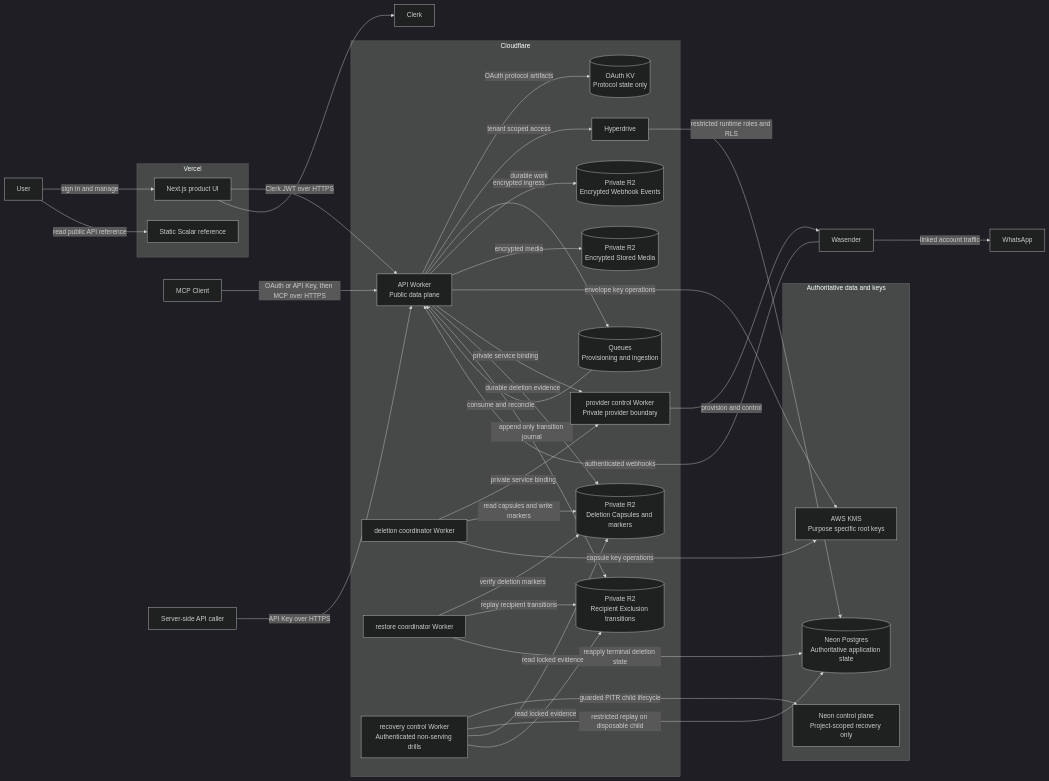
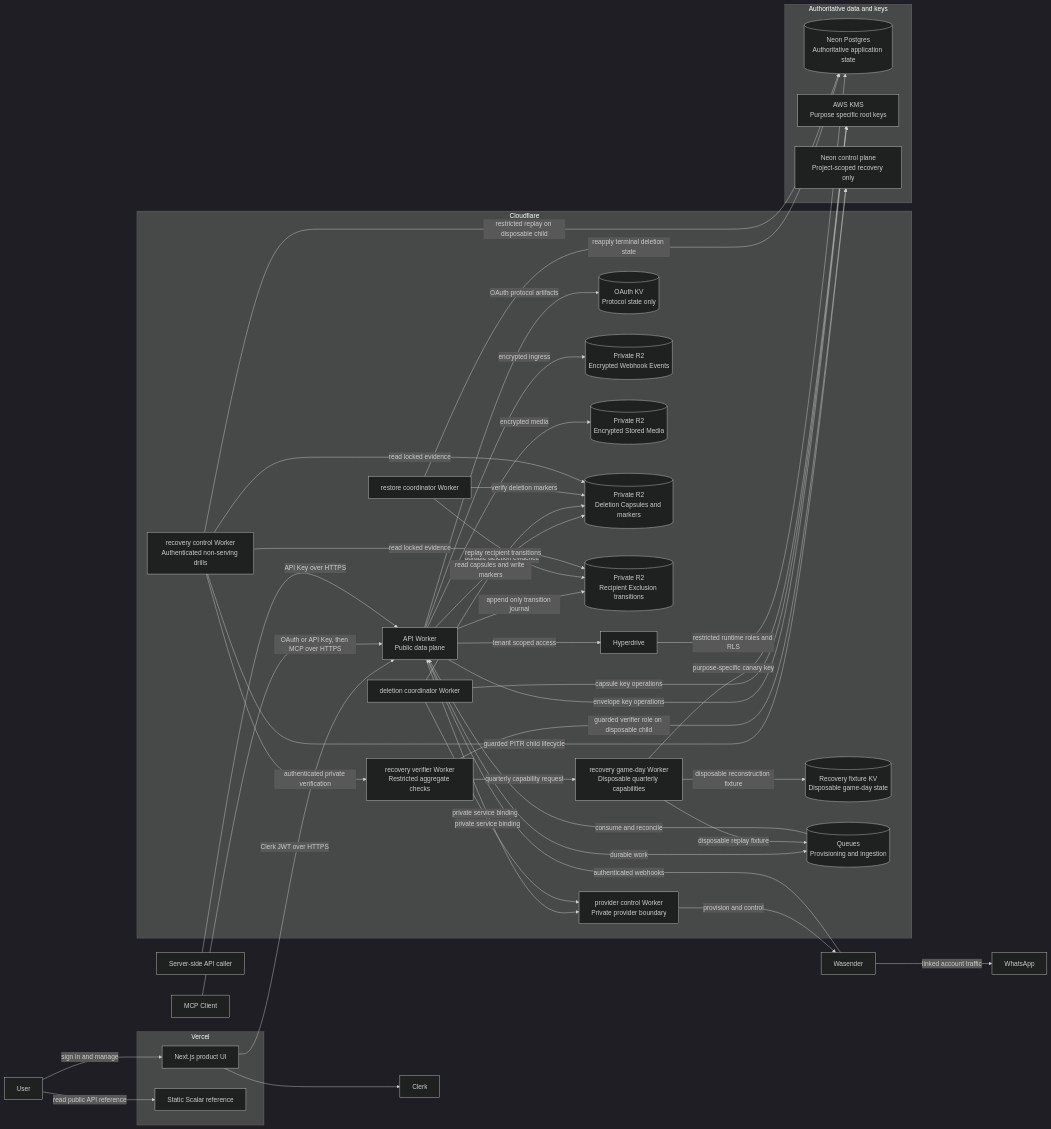
Before and after one commit to Jibaru/normal: the diagram in docs/architecture.md, drawn with Mermaid (dark theme). The commit also changed other lines of this file and 68 other files, not shown here.

````diff
--- a/docs/architecture.md
+++ b/docs/architecture.md
@@ -7,69 +7,78 @@
 ```mermaid
 flowchart LR
     user[User]
     mcp[MCP Client]
     apiCaller[Server-side API caller]
     clerk[Clerk]
     whatsapp[WhatsApp]
     wasender[Wasender]
 
     subgraph vercel[Vercel]
         web[Next.js product UI]
         docs[Static Scalar reference]
     end
 
     subgraph cloudflare[Cloudflare]
         api[API Worker<br/>Public data plane]
         provider[provider control Worker<br/>Private provider boundary]
         deletion[deletion coordinator Worker]
         restore[restore coordinator Worker]
         recovery[recovery control Worker<br/>Authenticated non-serving drills]
+        verifier[recovery verifier Worker<br/>Restricted aggregate checks]
+        gameDay[recovery game-day Worker<br/>Disposable quarterly capabilities]
         oauth[(OAuth KV<br/>Protocol state only)]
+        recoveryKv[(Recovery fixture KV<br/>Disposable game-day state)]
         queues[(Queues<br/>Provisioning and ingestion)]
         webhook[(Private R2<br/>Encrypted Webhook Events)]
         media[(Private R2<br/>Encrypted Stored Media)]
         lifecycle[(Private R2<br/>Deletion Capsules and markers)]
         transitions[(Private R2<br/>Recipient Exclusion transitions)]
         hyperdrive[Hyperdrive]
     end
 
     subgraph data[Authoritative data and keys]
         neon[(Neon Postgres<br/>Authoritative application state)]
         kms[AWS KMS<br/>Purpose specific root keys]
         neonControl[Neon control plane<br/>Project-scoped recovery only]
     end
 
     user -->|sign in and manage| web
     user -->|read public API reference| docs
     web -->|Clerk JWT over HTTPS| api
     mcp -->|OAuth or API Key, then MCP over HTTPS| api
     apiCaller -->|API Key over HTTPS| api
     web --> clerk
     api -->|OAuth protocol artifacts| oauth
 
     api -->|tenant scoped access| hyperdrive
     hyperdrive -->|restricted runtime roles and RLS| neon
     api -->|durable work| queues
     queues -->|consume and reconcile| api
     wasender -->|authenticated webhooks| api
     api -->|encrypted ingress| webhook
     api -->|encrypted media| media
     api -->|envelope key operations| kms
 
     api -->|private service binding| provider
     deletion -->|private service binding| provider
     provider -->|provision and control| wasender
     wasender -->|linked account traffic| whatsapp
 
     api -->|durable deletion evidence| lifecycle
     deletion -->|read capsules and write markers| lifecycle
     deletion -->|capsule key operations| kms
     restore -->|verify deletion markers| lifecycle
     api -->|append only transition journal| transitions
     restore -->|replay recipient transitions| transitions
     restore -->|reapply terminal deletion state| neon
     recovery -->|guarded PITR child lifecycle| neonControl
     recovery -->|restricted replay on disposable child| neon
     recovery -->|read locked evidence| lifecycle
     recovery -->|read locked evidence| transitions
+    recovery -->|authenticated private verification| verifier
+    verifier -->|guarded verifier role on disposable child| neonControl
+    verifier -->|quarterly capability request| gameDay
+    gameDay -->|disposable reconstruction fixture| recoveryKv
+    gameDay -->|disposable replay fixture| queues
+    gameDay -->|purpose-specific canary key| kms
 ```
````
